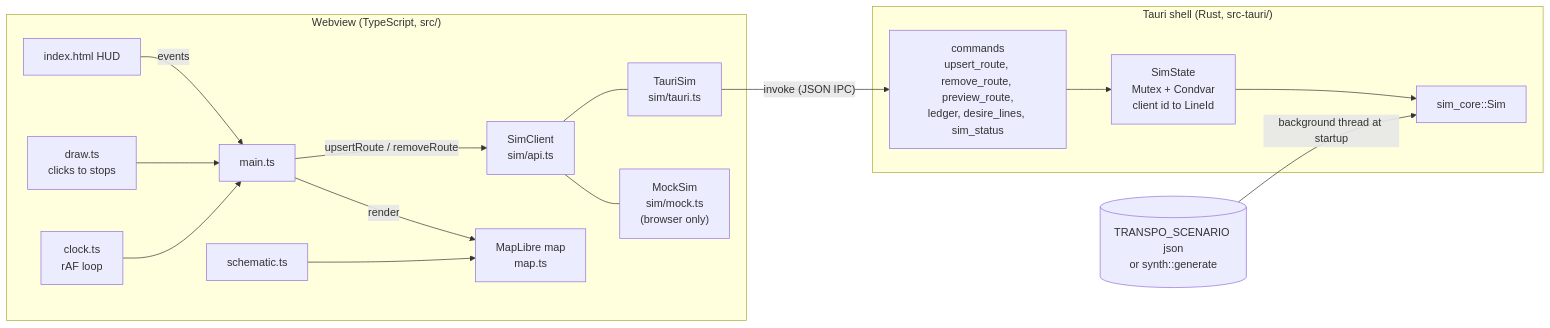
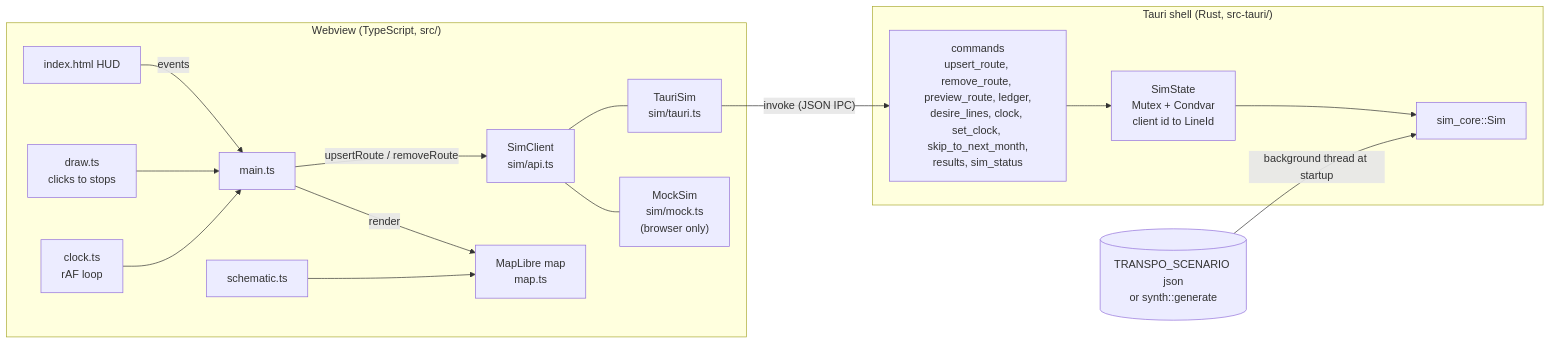
One commit to mr-gril-em-up/Transportation-Simulator changed the first of 2 diagrams in app/docs/ARCHITECTURE.md. Above: the diagram before and after it, drawn with Mermaid. The commit also changed other lines of this file and 16 other files, not shown here.

First line of the commit message:
app: sim-owned clock driven by a shell worker, skip to next month (F21)

````diff
--- a/app/docs/ARCHITECTURE.md
+++ b/app/docs/ARCHITECTURE.md
@@ -5,19 +5,19 @@
 ```mermaid
 flowchart LR
     subgraph webview["Webview (TypeScript, src/)"]
         hud["index.html HUD"] -->|events| main["main.ts"]
         draw["draw.ts<br/>clicks to stops"] --> main
         main -->|"upsertRoute / removeRoute"| client["SimClient<br/>sim/api.ts"]
         client --- tauri["TauriSim<br/>sim/tauri.ts"]
         client --- mock["MockSim<br/>sim/mock.ts<br/>(browser only)"]
         main -->|render| map["MapLibre map<br/>map.ts"]
         schem["schematic.ts"] --> map
         clock["clock.ts<br/>rAF loop"] --> main
     end
     subgraph shell["Tauri shell (Rust, src-tauri/)"]
-        cmds["commands<br/>upsert_route, remove_route, preview_route,<br/>ledger, desire_lines, sim_status"] --> state["SimState<br/>Mutex + Condvar<br/>client id to LineId"]
+        cmds["commands<br/>upsert_route, remove_route, preview_route, ledger,<br/>desire_lines, clock, set_clock, skip_to_next_month,<br/>results, sim_status"] --> state["SimState<br/>Mutex + Condvar<br/>client id to LineId"]
         state --> core["sim_core::Sim"]
     end
     tauri -->|"invoke (JSON IPC)"| cmds
     scen[("TRANSPO_SCENARIO json<br/>or synth::generate")] -->|"background thread at startup"| core
 ```
````
